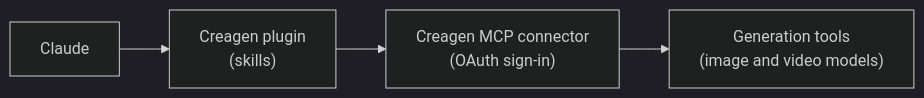
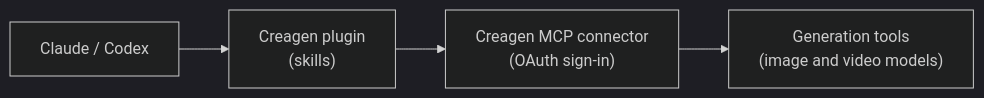
One commit to pioncorp/creagen-plugin changed the diagram in README.md. Above: the diagram before and after it, drawn with Mermaid (dark theme). The commit also changed other lines of this file and 4 other files, not shown here.

First line of the commit message:
feat: Codex 번들(.codex-plugin) 편입 + README 3본 멀티 에이전트 일반화

````diff
--- a/README.md
+++ b/README.md
@@ -69,6 +80,6 @@
 ```mermaid
 flowchart LR
-  A["Claude"] --> B["Creagen plugin<br/>(skills)"]
+  A["Claude / Codex"] --> B["Creagen plugin<br/>(skills)"]
   B --> C["Creagen MCP connector<br/>(OAuth sign-in)"]
   C --> D["Generation tools<br/>(image and video models)"]
 ```
````
